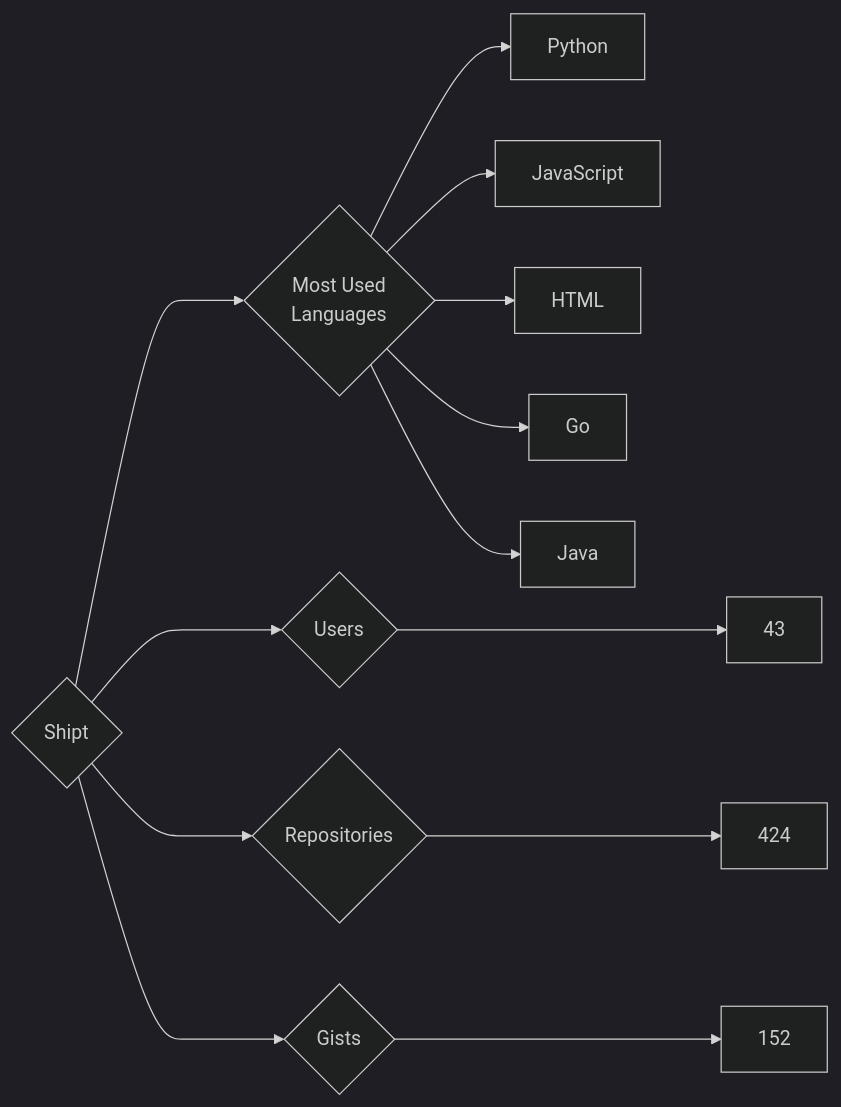
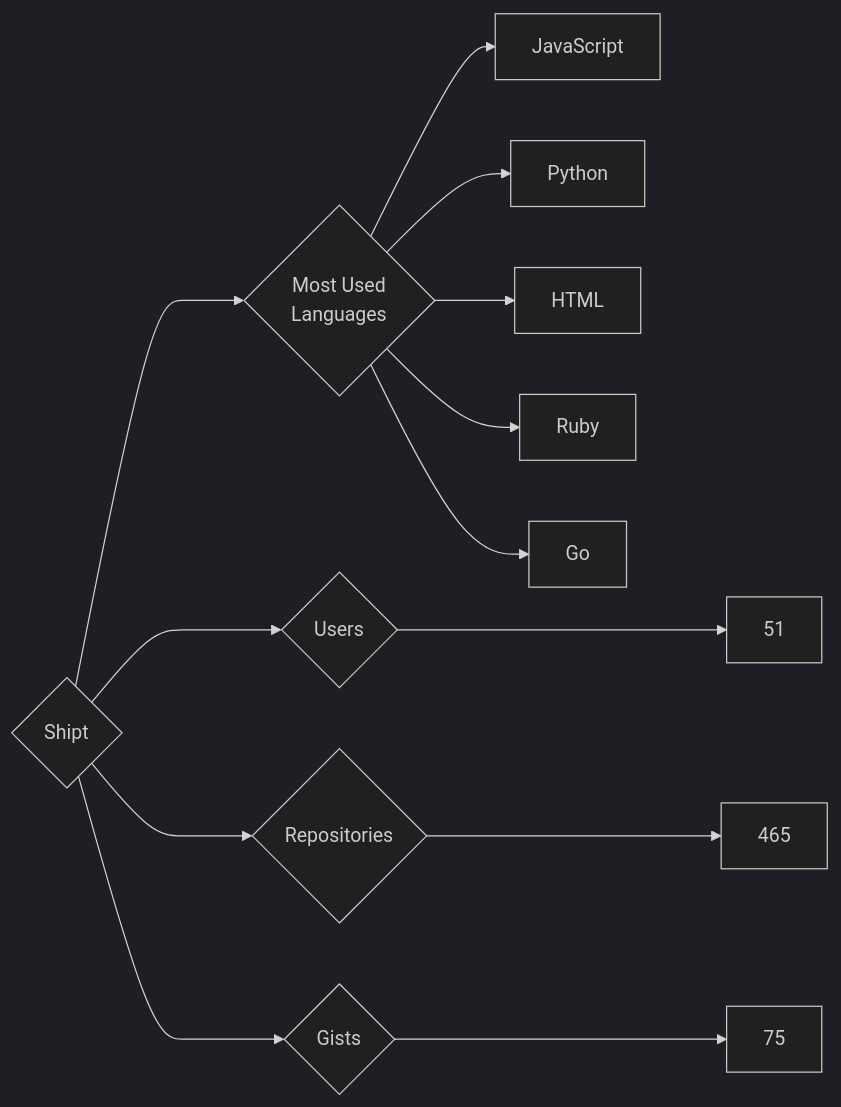
Before and after one commit to trickest/insiders: the diagram in targets/Shipt/README.md, drawn with Mermaid (dark theme). The commit also changed 1011 other files, not shown here.

````diff
--- a/targets/Shipt/README.md
+++ b/targets/Shipt/README.md
@@ -3,13 +3,13 @@
 ```mermaid
 graph LR
 COMPANY_NAME{Shipt}
-COMPANY_NAME ---> U{Users} ---> UN[43]
-COMPANY_NAME ---> R{Repositories} ---> RN[424]
-COMPANY_NAME ---> G{Gists} ---> GN[152]
+COMPANY_NAME ---> U{Users} ---> UN[51]
+COMPANY_NAME ---> R{Repositories} ---> RN[465]
+COMPANY_NAME ---> G{Gists} ---> GN[75]
 COMPANY_NAME ---> ML{Most Used<br>Languages}
+ML --> JavaScript[JavaScript]
 ML --> Python[Python]
-ML --> JavaScript[JavaScript]
 ML --> HTML[HTML]
+ML --> Ruby[Ruby]
 ML --> Go[Go]
-ML --> Java[Java]
 ```
````
